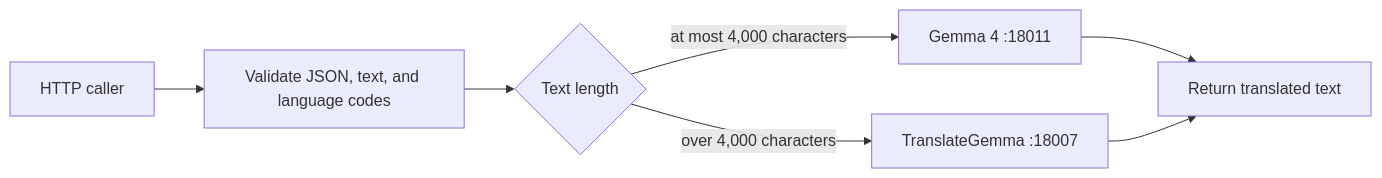
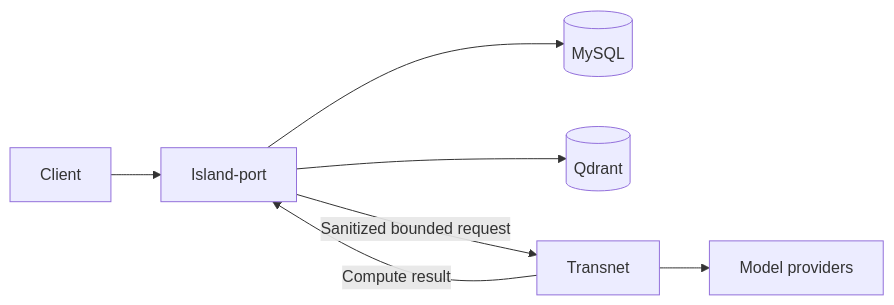
The diagram in docs/transnet.md (Ashex-x/Transnet), drawn with Mermaid before and after one commit. The commit also changed other lines of this file and 39 other files, not shown here.

````diff
--- a/docs/transnet.md
+++ b/docs/transnet.md
@@ -63,9 +11,9 @@
 ```mermaid
 flowchart LR
-  caller["HTTP caller"] --> validate["Validate JSON, text, and language codes"]
-  validate --> route{"Text length"}
-  route -->|"at most 4,000 characters"| gemma4["Gemma 4 :18011"]
-  route -->|"over 4,000 characters"| translate["TranslateGemma :18007"]
-  gemma4 --> response["Return translated text"]
-  translate --> response
+  client["Client"] --> port["Island-port"]
+  port --> mysql[("MySQL")]
+  port --> qdrant[("Qdrant")]
+  port -->|"Sanitized bounded request"| transnet["Transnet"]
+  transnet --> models["Model providers"]
+  transnet -->|"Compute result"| port
 ```
````
